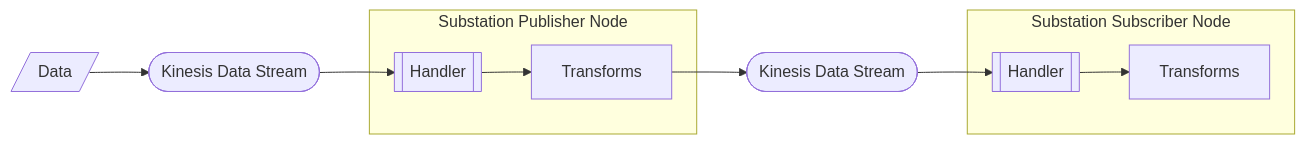
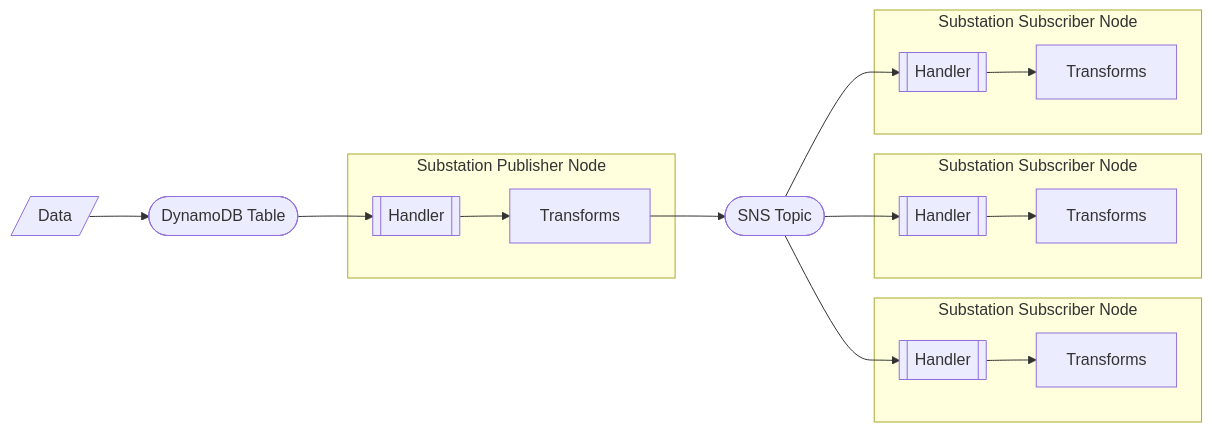
Before and after one commit to brexhq/substation: the diagram in examples/aws/sns/README.md, drawn with Mermaid.

````diff
--- a/examples/aws/sns/README.md
+++ b/examples/aws/sns/README.md
@@ -10,26 +10,34 @@
 ```mermaid
 
 flowchart LR
     %% resources
     data[/Data/]
-    kds1([Kinesis Data Stream])
-    kds2([Kinesis Data Stream])
-
-    pubHand[[Handler]]
-    pubTform[Transforms]
-
-    subHand[[Handler]]
-    subTform[Transforms]
-
+    ddb([DynamoDB Table])
+    sns([SNS Topic])
+    ingest[[Handler]]
+    load[Transforms]
+    subHandler1[[Handler]]
+    subTransform1[Transforms]
+    subHandler2[[Handler]]
+    subTransform2[Transforms]
+    subHandler3[[Handler]]
+    subTransform3[Transforms]
     %% connections
-    data --> kds1 --> pubHand
+    data --> ddb --> ingest
     subgraph Substation Publisher Node 
-    pubHand --> pubTform
+    ingest --> load
     end
-
-    pubTform --> kds2 --> subHand
-
+    load --> sns 
+    sns --> subHandler1
+    sns --> subHandler2
+    sns --> subHandler3
     subgraph Substation Subscriber Node 
-    subHand  --> subTform
+    subHandler3 --> subTransform3
+    end
+    subgraph Substation Subscriber Node 
+    subHandler2 --> subTransform2
+    end
+    subgraph Substation Subscriber Node 
+    subHandler1 --> subTransform1
     end
 ```
````
